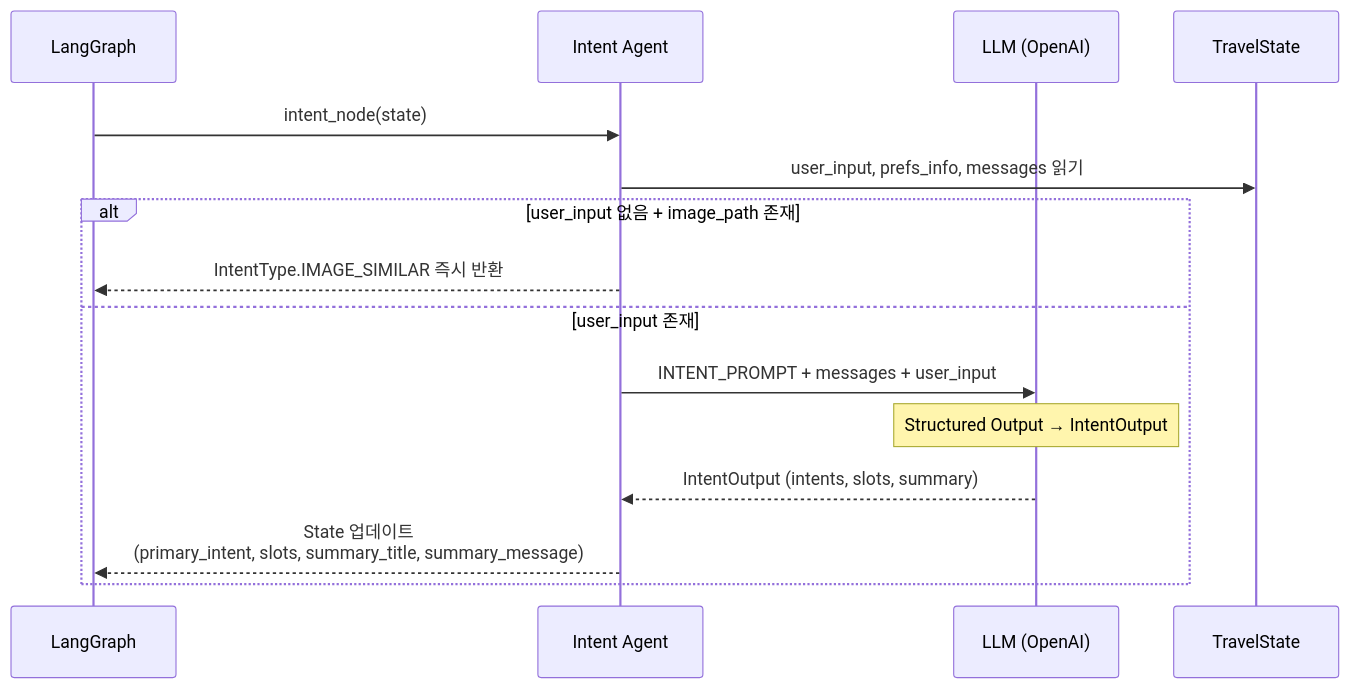
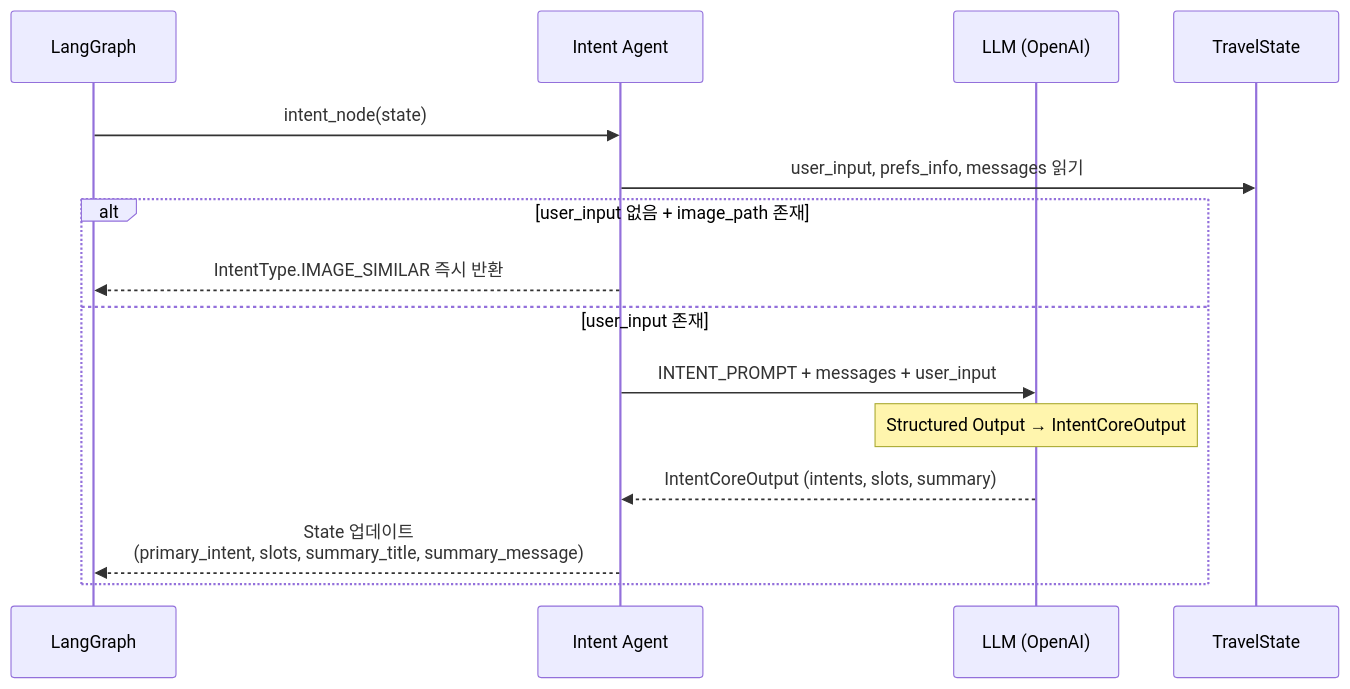
One commit to SKNETWORKS-FAMILY-AICAMP/SKN21-FINAL-2Team changed the third of 10 diagrams in docs/agent_sequence_diagrams.md. Above: the diagram before and after it, drawn with Mermaid. The commit also changed other lines of this file and 13 other files, not shown here.

Commit message:
- reranker 모델 경량화 변경 : cross-encoder/mmarco-mMiniLMv2-L12-H384-v1 - print > debug 모드 설정해서 > dprint 추가 - intent summary 관련 병렬로 분리 - 추천했던 장소에대해 retriever 검색에서 제외 - 답변 속도 개선을 위해 reranker candidates 개수 축소 : 20 > 5

````diff
--- a/docs/agent_sequence_diagrams.md
+++ b/docs/agent_sequence_diagrams.md
@@ -169,19 +169,19 @@
 ```mermaid
 sequenceDiagram
     participant Graph as LangGraph
     participant Intent as Intent Agent
     participant LLM as LLM (OpenAI)
     participant State as TravelState
 
     Graph->>Intent: intent_node(state)
     Intent->>State: user_input, prefs_info, messages 읽기
 
     alt user_input 없음 + image_path 존재
         Intent-->>Graph: IntentType.IMAGE_SIMILAR 즉시 반환
     else user_input 존재
         Intent->>LLM: INTENT_PROMPT + messages + user_input
-        Note over LLM: Structured Output → IntentOutput
-        LLM-->>Intent: IntentOutput (intents, slots, summary)
+        Note over LLM: Structured Output → IntentCoreOutput
+        LLM-->>Intent: IntentCoreOutput (intents, slots, summary)
         Intent-->>Graph: State 업데이트<br/>(primary_intent, slots, summary_title, summary_message)
     end
 ```
````
